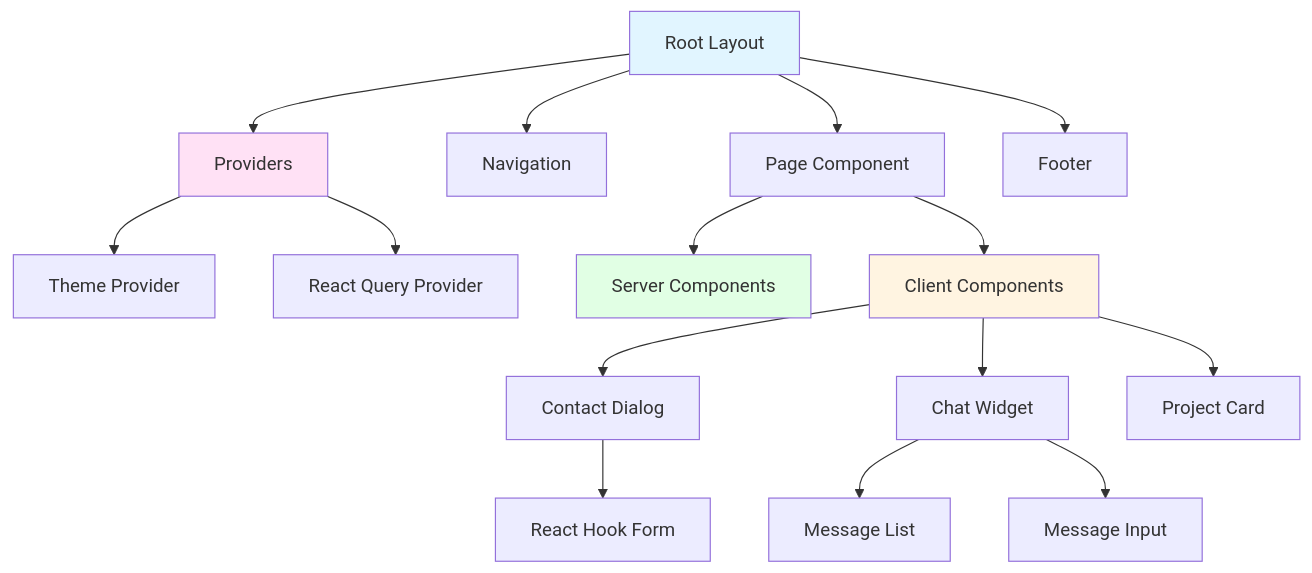
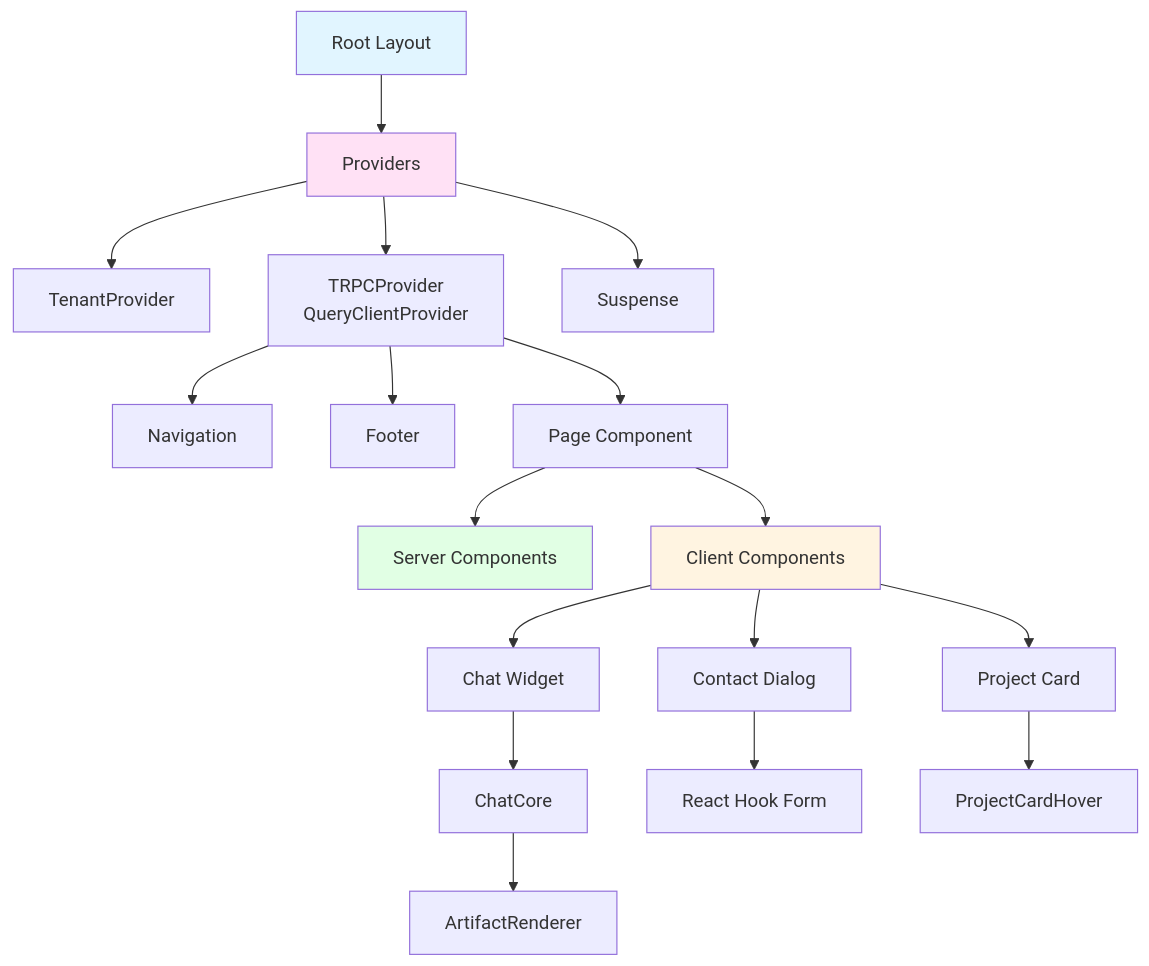
Before and after one commit to ossaidqadri/otherdev.web-02: the sixth of 10 diagrams in web/docs/ARCHITECTURE.md, drawn with Mermaid. The commit also changed other lines of this file and 4 other files, not shown here.

First line of the commit message:
docs: comprehensive update to reflect current architecture

````diff
--- a/web/docs/ARCHITECTURE.md
+++ b/web/docs/ARCHITECTURE.md
@@ -354,26 +390,28 @@
 ```mermaid
 graph TD
     Root[Root Layout] --> Providers[Providers]
-    Providers --> Theme[Theme Provider]
-    Providers --> ReactQuery[React Query Provider]
+    Providers --> Tenant[TenantProvider]
+    Providers --> TRPC[TRPCProvider<br/>QueryClientProvider]
+    Providers --> Suspense[Suspense]
 
-    Root --> Nav[Navigation]
-    Root --> Page[Page Component]
-    Root --> Footer[Footer]
-
+    TRPC --> Nav[Navigation]
+    TRPC --> Footer[Footer]
+    TRPC --> Page[Page Component]
     Page --> ServerContent[Server Components]
     Page --> ClientContent[Client Components]
 
     ClientContent --> ContactDialog[Contact Dialog]
     ClientContent --> ChatWidget[Chat Widget]
     ClientContent --> ProjectCard[Project Card]
 
+    ChatWidget --> ChatCore[ChatCore]
+    ChatCore --> ArtifactRenderer[ArtifactRenderer]
+
     ContactDialog --> Form[React Hook Form]
-    ChatWidget --> MessageList[Message List]
-    ChatWidget --> MessageInput[Message Input]
+    ProjectCard --> ProjectCardHover[ProjectCardHover]
 
     style Root fill:#e1f5ff
     style Providers fill:#ffe1f5
     style ClientContent fill:#fff4e1
     style ServerContent fill:#e1ffe4
 ```
````
